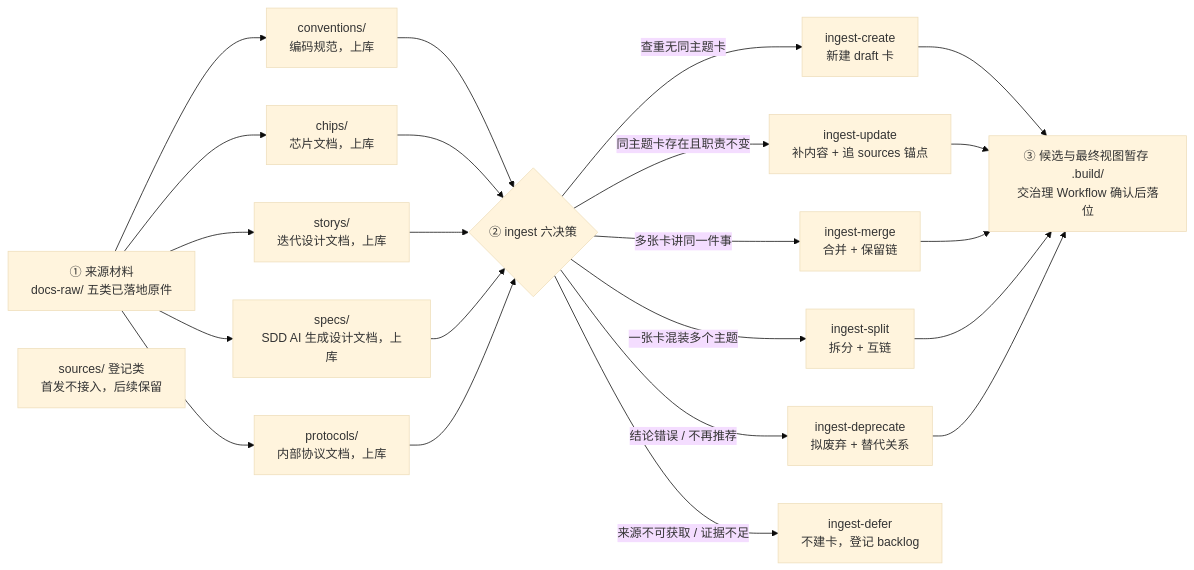
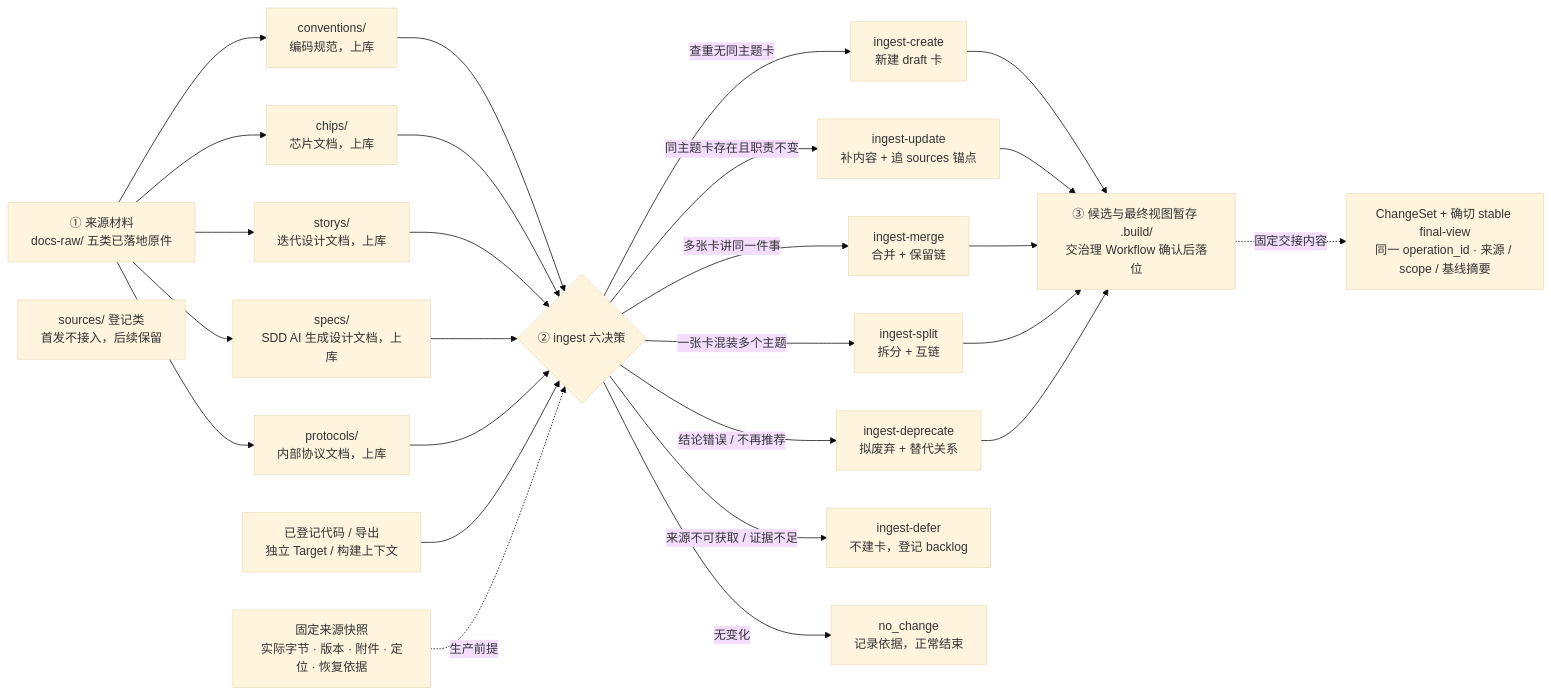
The fourth of 6 diagrams in docs-llm-wiki/设计文档/aibot.md (Robin-hhc/FactumCore), drawn with Mermaid (base theme) before and after one commit. The commit also changed other lines of this file and 4 other files, not shown here.

Commit message:
docs(knowledge): reuse original architecture and extend lifecycle diagrams

````diff
--- a/docs-llm-wiki/设计文档/aibot.md
+++ b/docs-llm-wiki/设计文档/aibot.md
@@ -519,18 +529,22 @@
 ```mermaid
 flowchart LR
     M["① 来源材料<br />docs-raw/ 五类已落地原件"]
     R1["sources/ 登记类<br />首发不接入，后续保留"]
     M --> R2["conventions/<br />编码规范，上库"]
     M --> R3["chips/<br />芯片文档，上库"]
     M --> R4["storys/<br />迭代设计文档，上库"]
     M --> R5["specs/<br />SDD AI 生成设计文档，上库"]
     M --> R6["protocols/<br />内部协议文档，上库"]
     R2 & R3 & R4 & R5 & R6 --> I{"② ingest 六决策"}
     I -->|"查重无同主题卡"| C1["ingest-create<br />新建 draft 卡"]
     I -->|"同主题卡存在且职责不变"| C2["ingest-update<br />补内容 + 追 sources 锚点"]
     I -->|"多张卡讲同一件事"| C3["ingest-merge<br />合并 + 保留链"]
     I -->|"一张卡混装多个主题"| C4["ingest-split<br />拆分 + 互链"]
     I -->|"结论错误 / 不再推荐"| C5["ingest-deprecate<br />拟废弃 + 替代关系"]
     I -->|"来源不可获取 / 证据不足"| C6["ingest-defer<br />不建卡，登记 backlog"]
     C1 & C2 & C3 & C4 & C5 --> B["③ 候选与最终视图暂存 .build/<br />交治理 Workflow 确认后落位"]
+    CODE["已登记代码 / 导出<br />独立 Target / 构建上下文"] --> I
+    SNAP["固定来源快照<br />实际字节 · 版本 · 附件 · 定位 · 恢复依据"] -.->|"生产前提"| I
+    I -->|"无变化"| NC["no_change<br />记录依据，正常结束"]
+    B -.->|"固定交接内容"| HAND["ChangeSet + 确切 stable final-view<br />同一 operation_id · 来源 / scope / 基线摘要"]
 ```
````
